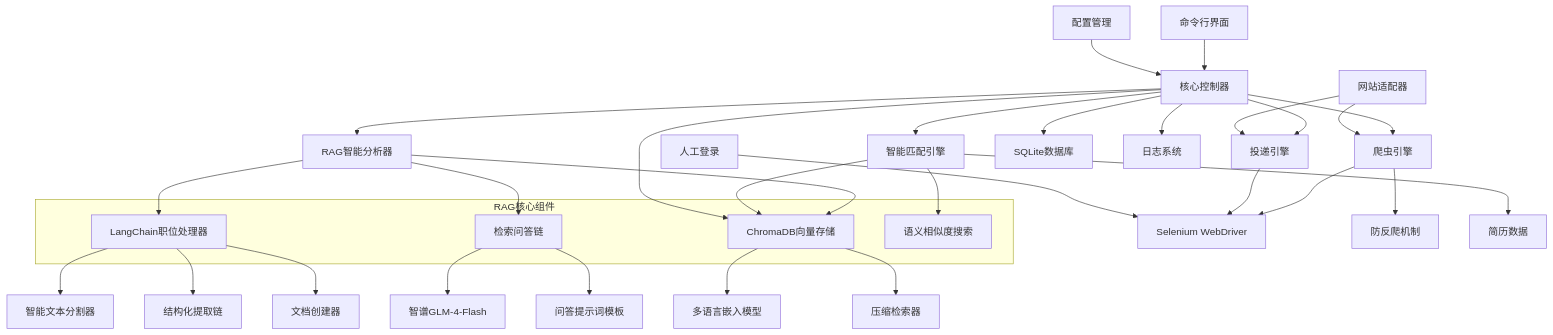
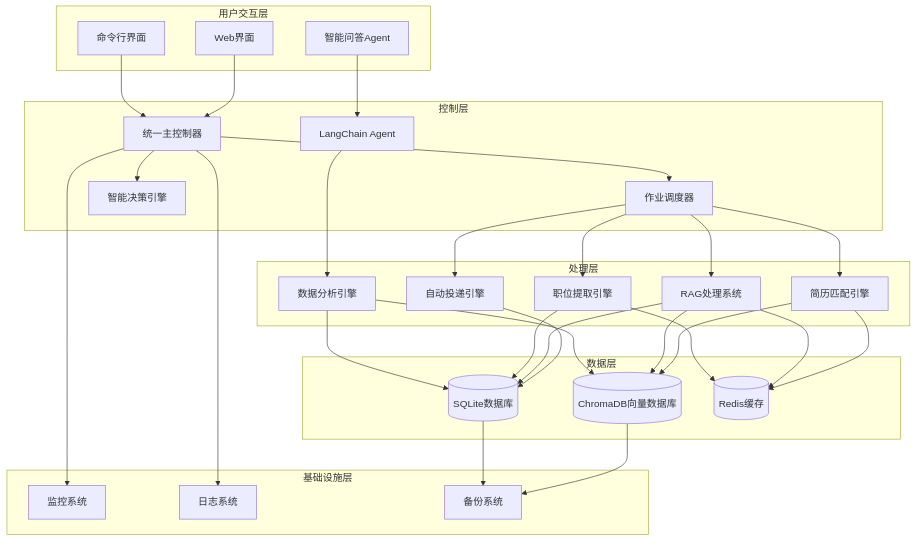
The first of 2 diagrams in CLAUDE.md (bin448482/MyThird), drawn with Mermaid before and after one commit. The commit also changed other lines of this file and 22 other files, not shown here.

````diff
--- a/CLAUDE.md
+++ b/CLAUDE.md
@@ -114,47 +11,66 @@
 ```mermaid
 graph TB
-    CLI[命令行界面] --> Core[核心控制器]
-    Config[配置管理] --> Core
+    subgraph "用户交互层"
+        CLI[命令行界面]
+        CHAT[智能问答Agent]
+        WEB[Web界面]
+    end
     
-    Core --> Crawler[爬虫引擎]
-    Core --> RAGAnalyzer[RAG智能分析器]
-    Core --> Matcher[智能匹配引擎]
-    Core --> Submitter[投递引擎]
+    subgraph "控制层"
+        MC[统一主控制器]
+        JS[作业调度器]
+        DE[智能决策引擎]
+        AGENT[LangChain Agent]
+    end
     
-    Crawler --> WebDriver[Selenium WebDriver]
-    Crawler --> AntiBot[防反爬机制]
-    Submitter --> WebDriver
+    subgraph "处理层"
+        JE[职位提取引擎]
+        RAG[RAG处理系统]
+        RM[简历匹配引擎]
+        AS[自动投递引擎]
+        ANALYSIS[数据分析引擎]
+    end
     
-    RAGAnalyzer --> JobProcessor[LangChain职位处理器]
-    JobProcessor --> TextSplitter[智能文本分割器]
-    JobProcessor --> StructureExtractor[结构化提取链]
-    JobProcessor --> DocumentCreator[文档创建器]
+    subgraph "数据层"
+        DB[(SQLite数据库)]
+        VDB[(ChromaDB向量数据库)]
+        CACHE[(Redis缓存)]
+    end
     
-    RAGAnalyzer --> VectorStore[ChromaDB向量存储]
-    VectorStore --> Embeddings[多语言嵌入模型]
-    VectorStore --> Retriever[压缩检索器]
+    subgraph "基础设施层"
+        MON[监控系统]
+        LOG[日志系统]
+        BACKUP[备份系统]
+    end
     
-    RAGAnalyzer --> RAGChain[检索问答链]
-    RAGChain --> LLM[智谱GLM-4-Flash]
-    RAGChain --> QAPrompts[问答提示词模板]
+    CLI --> MC
+    CHAT --> AGENT
+    WEB --> MC
     
-    Matcher --> Resume[简历数据]
-    Matcher --> VectorStore
-    Matcher --> SemanticSearch[语义相似度搜索]
+    MC --> JS
+    MC --> DE
+    AGENT --> ANALYSIS
     
-    Core --> Database[SQLite数据库]
-    Core --> VectorStore
-    Core --> Logger[日志系统]
+    JS --> JE
+    JS --> RAG
+    JS --> RM
+    JS --> AS
     
-    Adapters[网站适配器] --> Crawler
-    Adapters --> Submitter
+    ANALYSIS --> DB
+    ANALYSIS --> VDB
     
-    HumanLogin[人工登录] --> WebDriver
+    JE --> DB
+    RAG --> DB
+    RAG --> VDB
+    RM --> VDB
+    AS --> DB
     
-    subgraph "RAG核心组件"
-        JobProcessor
-        VectorStore
-        RAGChain
-        SemanticSearch
-    end
+    JE --> CACHE
+    RAG --> CACHE
+    RM --> CACHE
+    
+    MC --> MON
+    MC --> LOG
+    DB --> BACKUP
+    VDB --> BACKUP
 ```
````
